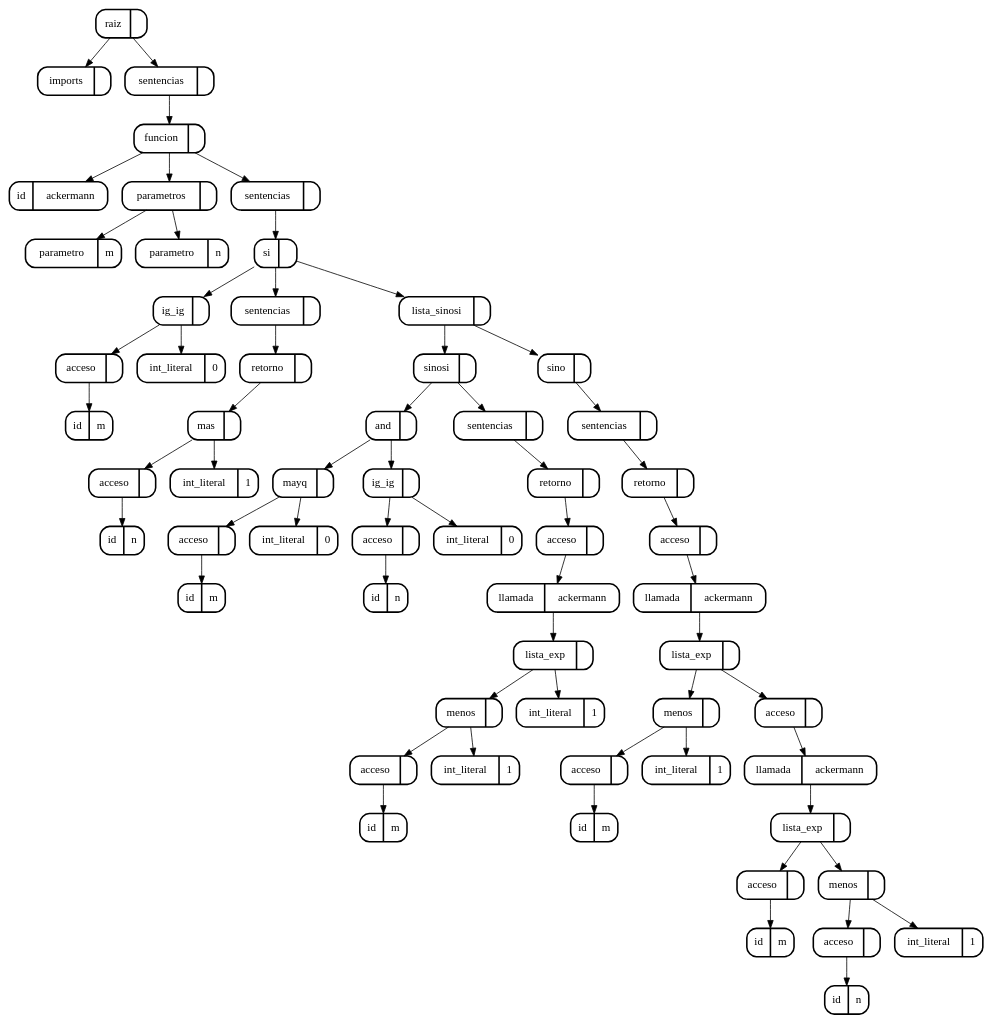
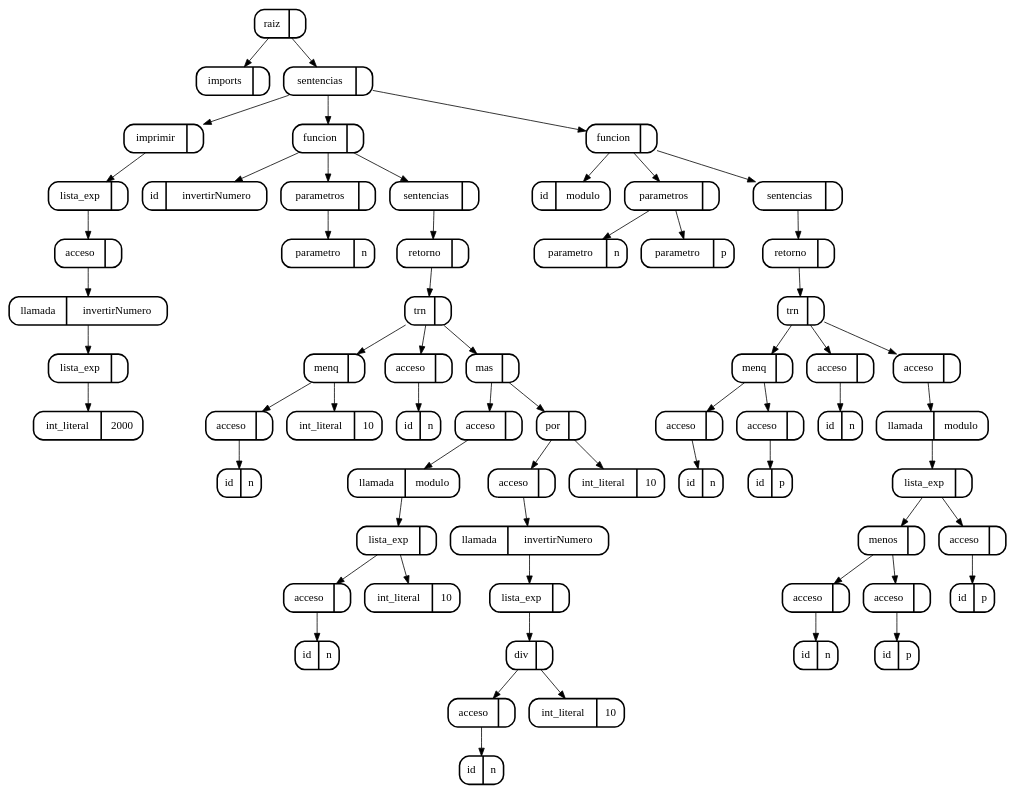
Before and after one commit to skrillfer/GenericXML: the diagram in GXML/Imagenes/arbol_cjs.dot, drawn with Graphviz. The commit also changed 4 other files, not shown here.

```diff
--- a/GXML/Imagenes/arbol_cjs.dot
+++ b/GXML/Imagenes/arbol_cjs.dot
@@ -1,123 +1,129 @@
 digraph G {
 node[shape=Mrecord]
-63[label="raiz | ",style=bold]
+67[label="raiz | ",style=bold]
 1[label="imports | ",style=bold]
-{63}->{1}
-62[label="sentencias | ",style=bold]
-{63}->{62}
-60[label="funcion | ",style=bold]
-{62}->{60}
-61[label="id | ackermann",style=bold]
-{60}->{61}
-2[label="parametros | ",style=bold]
-{60}->{2}
-3[label="parametro | m",style=bold]
-{2}->{3}
-4[label="parametro | n",style=bold]
-{2}->{4}
-59[label="sentencias | ",style=bold]
-{60}->{59}
-58[label="si | ",style=bold]
-{59}->{58}
-8[label="ig_ig | ",style=bold]
-{58}->{8}
+{67}->{1}
+9[label="sentencias | ",style=bold]
+{67}->{9}
+8[label="imprimir | ",style=bold]
+{9}->{8}
+7[label="lista_exp | ",style=bold]
+{8}->{7}
 6[label="acceso | ",style=bold]
-{8}->{6}
-5[label="id | m",style=bold]
+{7}->{6}
+5[label="llamada | invertirNumero",style=bold]
 {6}->{5}
-7[label="int_literal | 0",style=bold]
-{8}->{7}
-14[label="sentencias | ",style=bold]
-{58}->{14}
-13[label="retorno | ",style=bold]
-{14}->{13}
-12[label="mas | ",style=bold]
+4[label="lista_exp | ",style=bold]
+{5}->{4}
+3[label="int_literal | 2000",style=bold]
+{4}->{3}
+39[label="funcion | ",style=bold]
+{9}->{39}
+40[label="id | invertirNumero",style=bold]
+{39}->{40}
+10[label="parametros | ",style=bold]
+{39}->{10}
+11[label="parametro | n",style=bold]
+{10}->{11}
+38[label="sentencias | ",style=bold]
+{39}->{38}
+37[label="retorno | ",style=bold]
+{38}->{37}
+36[label="trn | ",style=bold]
+{37}->{36}
+15[label="menq | ",style=bold]
+{36}->{15}
+13[label="acceso | ",style=bold]
+{15}->{13}
+12[label="id | n",style=bold]
 {13}->{12}
-10[label="acceso | ",style=bold]
-{12}->{10}
-9[label="id | n",style=bold]
-{10}->{9}
-11[label="int_literal | 1",style=bold]
-{12}->{11}
-36[label="lista_sinosi | ",style=bold]
-{58}->{36}
-35[label="sinosi | ",style=bold]
+14[label="int_literal | 10",style=bold]
+{15}->{14}
+17[label="acceso | ",style=bold]
+{36}->{17}
+16[label="id | n",style=bold]
+{17}->{16}
+35[label="mas | ",style=bold]
 {36}->{35}
-23[label="and | ",style=bold]
-{35}->{23}
-18[label="mayq | ",style=bold]
-{23}->{18}
-16[label="acceso | ",style=bold]
-{18}->{16}
-15[label="id | m",style=bold]
-{16}->{15}
-17[label="int_literal | 0",style=bold]
-{18}->{17}
-22[label="ig_ig | ",style=bold]
-{23}->{22}
+24[label="acceso | ",style=bold]
+{35}->{24}
+23[label="llamada | modulo",style=bold]
+{24}->{23}
+21[label="lista_exp | ",style=bold]
+{23}->{21}
 20[label="acceso | ",style=bold]
-{22}->{20}
+{21}->{20}
 19[label="id | n",style=bold]
 {20}->{19}
-21[label="int_literal | 0",style=bold]
-{22}->{21}
-34[label="sentencias | ",style=bold]
+22[label="int_literal | 10",style=bold]
+{21}->{22}
+34[label="por | ",style=bold]
 {35}->{34}
-33[label="retorno | ",style=bold]
+32[label="acceso | ",style=bold]
+{34}->{32}
+31[label="llamada | invertirNumero",style=bold]
+{32}->{31}
+30[label="lista_exp | ",style=bold]
+{31}->{30}
+29[label="div | ",style=bold]
+{30}->{29}
+27[label="acceso | ",style=bold]
+{29}->{27}
+26[label="id | n",style=bold]
+{27}->{26}
+28[label="int_literal | 10",style=bold]
+{29}->{28}
+33[label="int_literal | 10",style=bold]
 {34}->{33}
-32[label="acceso | ",style=bold]
-{33}->{32}
-31[label="llamada | ackermann",style=bold]
-{32}->{31}
-29[label="lista_exp | ",style=bold]
-{31}->{29}
-28[label="menos | ",style=bold]
-{29}->{28}
-26[label="acceso | ",style=bold]
-{28}->{26}
-25[label="id | m",style=bold]
-{26}->{25}
-27[label="int_literal | 1",style=bold]
-{28}->{27}
-30[label="int_literal | 1",style=bold]
-{29}->{30}
-57[label="sino | ",style=bold]
-{36}->{57}
-56[label="sentencias | ",style=bold]
+65[label="funcion | ",style=bold]
+{9}->{65}
+66[label="id | modulo",style=bold]
+{65}->{66}
+41[label="parametros | ",style=bold]
+{65}->{41}
+42[label="parametro | n",style=bold]
+{41}->{42}
+43[label="parametro | p",style=bold]
+{41}->{43}
+64[label="sentencias | ",style=bold]
+{65}->{64}
+63[label="retorno | ",style=bold]
+{64}->{63}
+62[label="trn | ",style=bold]
+{63}->{62}
+48[label="menq | ",style=bold]
+{62}->{48}
+45[label="acceso | ",style=bold]
+{48}->{45}
+44[label="id | n",style=bold]
+{45}->{44}
+47[label="acceso | ",style=bold]
+{48}->{47}
+46[label="id | p",style=bold]
+{47}->{46}
+50[label="acceso | ",style=bold]
+{62}->{50}
+49[label="id | n",style=bold]
+{50}->{49}
+61[label="acceso | ",style=bold]
+{62}->{61}
+60[label="llamada | modulo",style=bold]
+{61}->{60}
+57[label="lista_exp | ",style=bold]
+{60}->{57}
+56[label="menos | ",style=bold]
 {57}->{56}
-55[label="retorno | ",style=bold]
+53[label="acceso | ",style=bold]
+{56}->{53}
+52[label="id | n",style=bold]
+{53}->{52}
+55[label="acceso | ",style=bold]
 {56}->{55}
-54[label="acceso | ",style=bold]
+54[label="id | p",style=bold]
 {55}->{54}
-53[label="llamada | ackermann",style=bold]
-{54}->{53}
-42[label="lista_exp | ",style=bold]
-{53}->{42}
-41[label="menos | ",style=bold]
-{42}->{41}
-39[label="acceso | ",style=bold]
-{41}->{39}
-38[label="id | m",style=bold]
-{39}->{38}
-40[label="int_literal | 1",style=bold]
-{41}->{40}
-52[label="acceso | ",style=bold]
-{42}->{52}
-51[label="llamada | ackermann",style=bold]
-{52}->{51}
-46[label="lista_exp | ",style=bold]
-{51}->{46}
-45[label="acceso | ",style=bold]
-{46}->{45}
-44[label="id | m",style=bold]
-{45}->{44}
-50[label="menos | ",style=bold]
-{46}->{50}
-48[label="acceso | ",style=bold]
-{50}->{48}
-47[label="id | n",style=bold]
-{48}->{47}
-49[label="int_literal | 1",style=bold]
-{50}->{49}
+59[label="acceso | ",style=bold]
+{57}->{59}
+58[label="id | p",style=bold]
+{59}->{58}
 
 }
```
